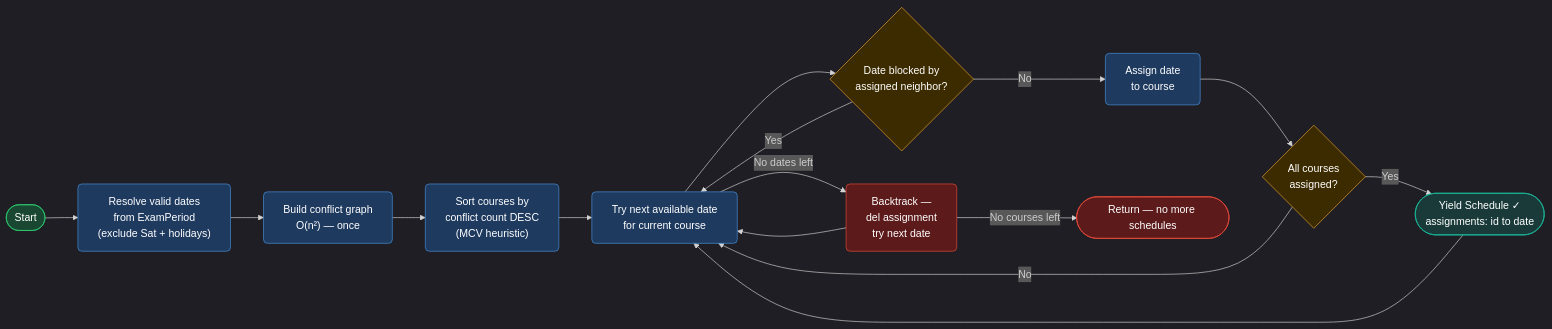
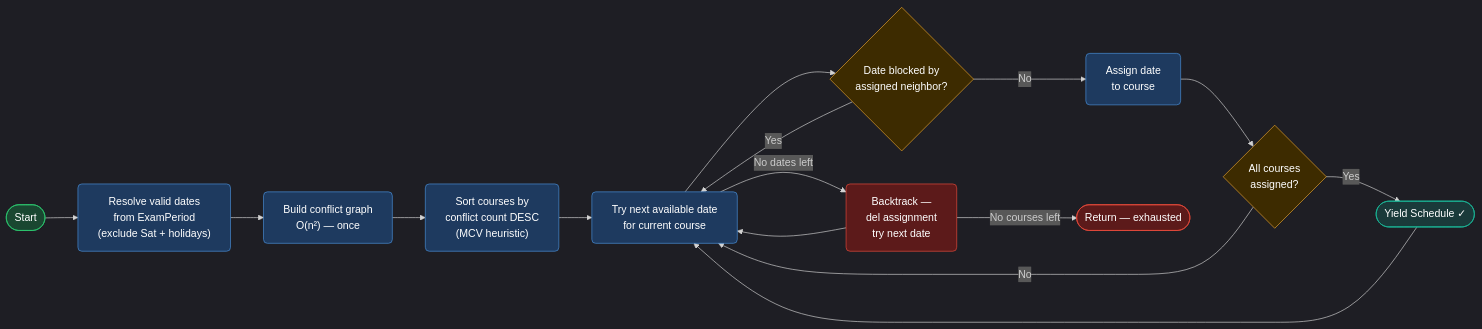
The third of 3 diagrams in README.md (ron-ladin/examSchedule), drawn with Mermaid before and after one commit. The commit also changed other lines of this file, not shown here.

Commit message:
docs: update README for v2.0 — Part 2 architecture, Windows setup

````diff
--- a/README.md
+++ b/README.md
@@ -352,30 +249,29 @@
 ```mermaid
 %%{init: {'theme': 'dark'}}%%
 flowchart LR
     classDef start fill:#1a4731,stroke:#2ecc71,color:#fff,rx:20
     classDef step  fill:#1e3a5f,stroke:#4a90d9,color:#fff,rx:6
     classDef check fill:#3d2b00,stroke:#e5a22e,color:#fff,rx:6
     classDef bad   fill:#5c1a1a,stroke:#e74c3c,color:#fff,rx:6
     classDef good  fill:#1a3a3a,stroke:#1abc9c,color:#fff,rx:20
 
     S([Start]):::start
     DATES["Resolve valid dates\nfrom ExamPeriod\n(exclude Sat + holidays)"]:::step
     GRAPH["Build conflict graph\nO(n²) — once"]:::step
     MCV["Sort courses by\nconflict count DESC\n(MCV heuristic)"]:::step
     TRY["Try next available date\nfor current course"]:::step
     CHK{Date blocked by\nassigned neighbor?}:::check
     ASSIGN["Assign date\nto course"]:::step
     DONE{All courses\nassigned?}:::check
     BACK["Backtrack —\ndel assignment\ntry next date"]:::bad
-    WIN([Yield Schedule ✓\nassignments: id to date]):::good
-    EMPTY([Return — no more schedules]):::bad
+    WIN([Yield Schedule ✓]):::good
+    EMPTY([Return — exhausted]):::bad
 
     S --> DATES --> GRAPH --> MCV --> TRY --> CHK
     CHK -- No --> ASSIGN --> DONE
     CHK -- Yes --> TRY
-    DONE -- Yes --> WIN
-    WIN --> TRY
+    DONE -- Yes --> WIN --> TRY
     DONE -- No --> TRY
     TRY -- No dates left --> BACK --> TRY
     BACK -- No courses left --> EMPTY
 ```
````
